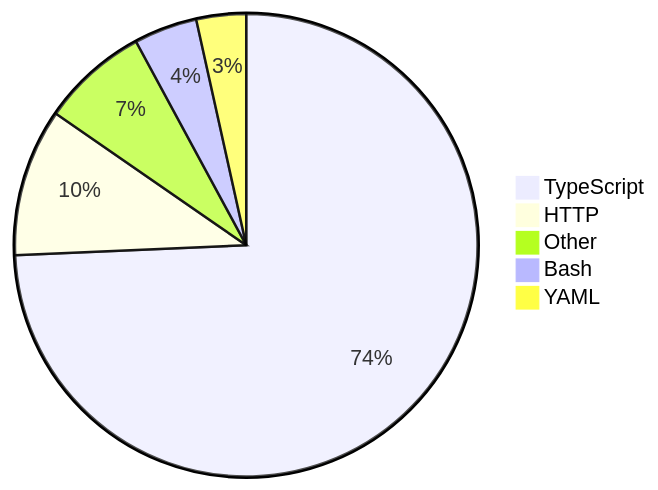
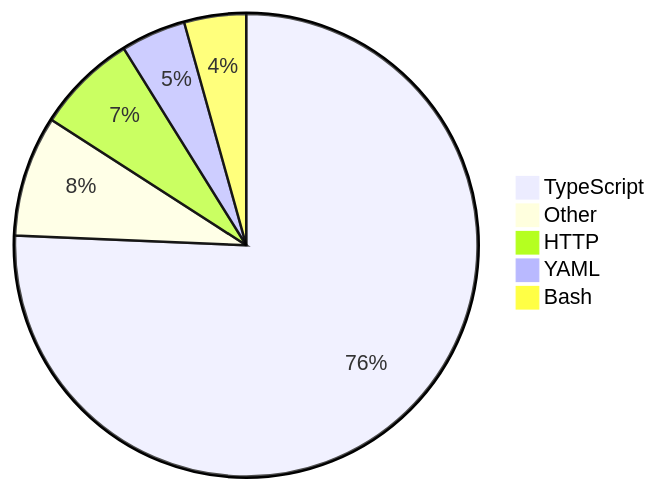
Before and after one commit to skvggor/skvggor: the diagram in README.md, drawn with Mermaid.

Commit message:
Updated waka-readme graph with new metrics

````diff
--- a/README.md
+++ b/README.md
@@ -16,8 +16,8 @@
 ```mermaid
 pie
-    "TypeScript" : 70.6
-    "HTTP" : 9.8
-    "Other" : 7.1
-    "Bash" : 4.2
-    "YAML" : 3.3
+    "TypeScript" : 70.0
+    "Other" : 7.8
+    "HTTP" : 6.5
+    "YAML" : 4.2
+    "Bash" : 4.0
 ```
````
